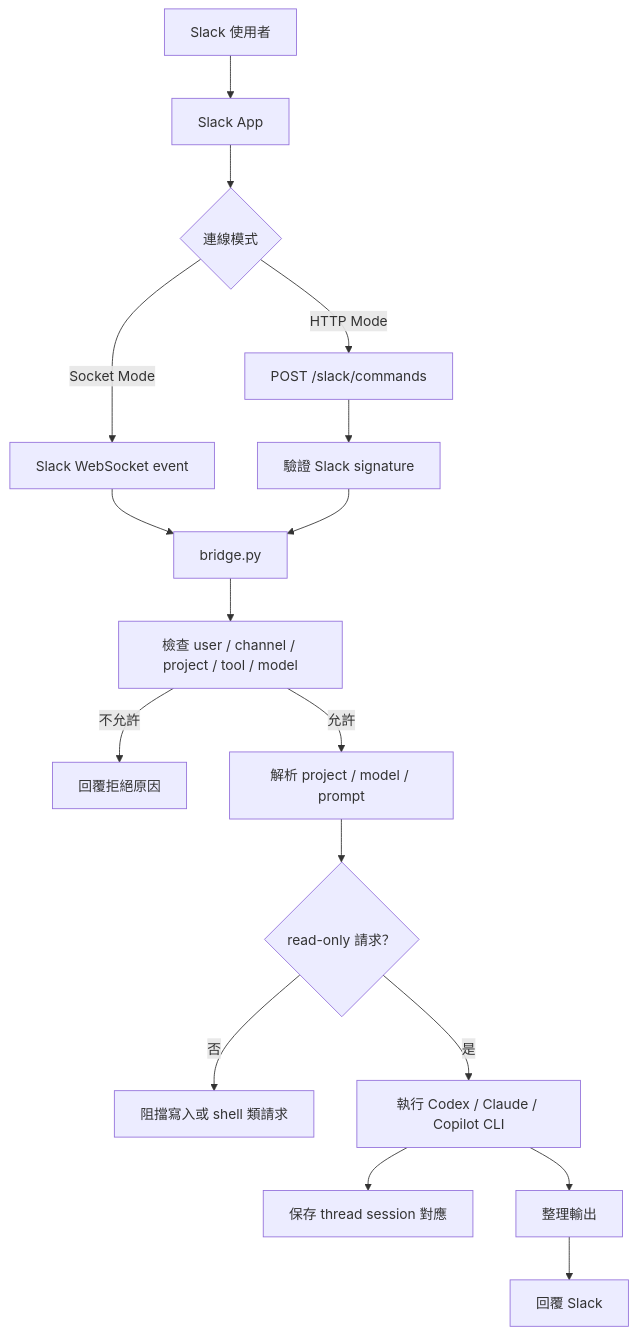
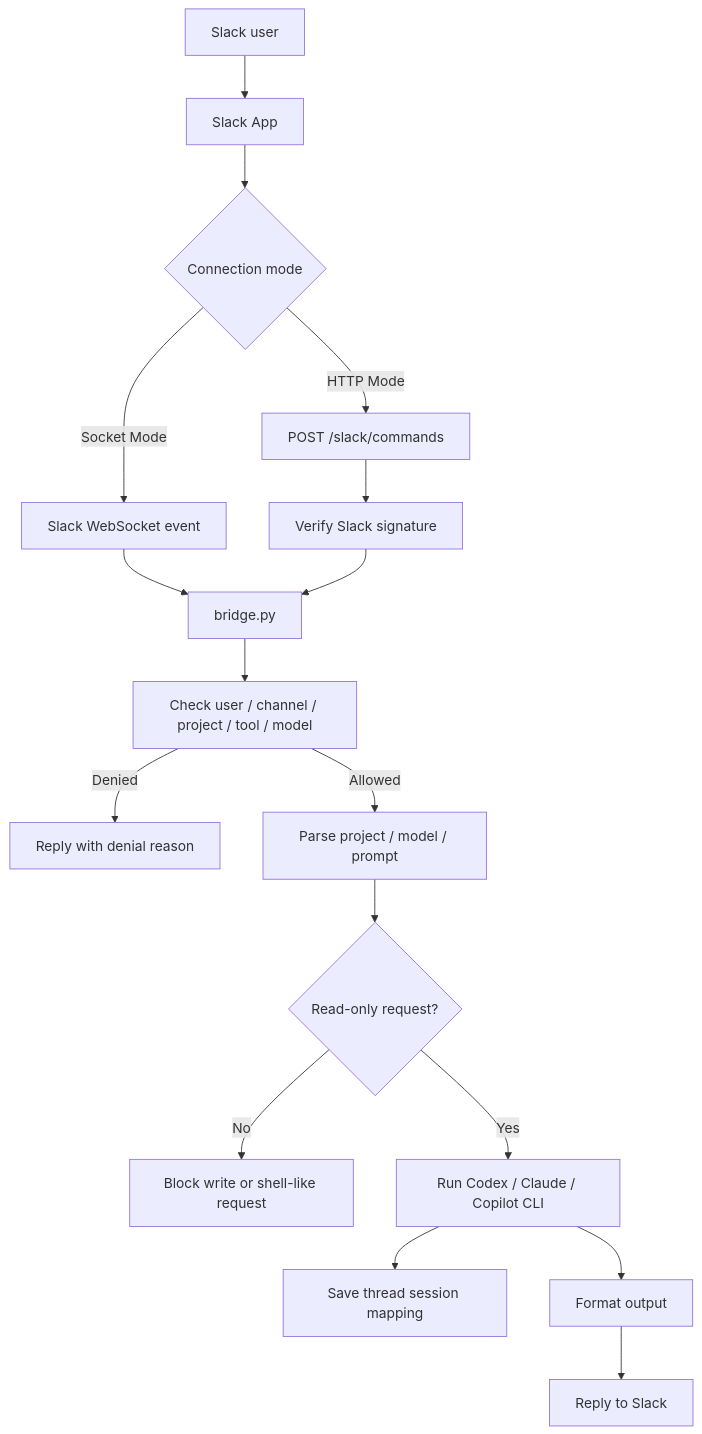
The diagram in README.md (ericliao857/slack-ai-bridge), drawn with Mermaid before and after one commit. The commit also changed other lines of this file and 2 other files, not shown here.

````diff
--- a/README.md
+++ b/README.md
@@ -42,19 +44,19 @@
 ```mermaid
 flowchart TD
-    user["Slack 使用者"] --> slack["Slack App"]
-    slack --> mode{"連線模式"}
+    user["Slack user"] --> slack["Slack App"]
+    slack --> mode{"Connection mode"}
     mode -->|Socket Mode| socket["Slack WebSocket event"]
     mode -->|HTTP Mode| http["POST /slack/commands"]
-    http --> sig["驗證 Slack signature"]
+    http --> sig["Verify Slack signature"]
     socket --> bridge["bridge.py"]
     sig --> bridge
-    bridge --> allow["檢查 user / channel / project / tool / model"]
-    allow -->|不允許| deny["回覆拒絕原因"]
-    allow -->|允許| parse["解析 project / model / prompt"]
-    parse --> guard{"read-only 請求？"}
-    guard -->|否| block["阻擋寫入或 shell 類請求"]
-    guard -->|是| cli["執行 Codex / Claude / Copilot CLI"]
-    cli --> store["保存 thread session 對應"]
-    cli --> result["整理輸出"]
-    result --> reply["回覆 Slack"]
+    bridge --> allow["Check user / channel / project / tool / model"]
+    allow -->|Denied| deny["Reply with denial reason"]
+    allow -->|Allowed| parse["Parse project / model / prompt"]
+    parse --> guard{"Read-only request?"}
+    guard -->|No| block["Block write or shell-like request"]
+    guard -->|Yes| cli["Run Codex / Claude / Copilot CLI"]
+    cli --> store["Save thread session mapping"]
+    cli --> result["Format output"]
+    result --> reply["Reply to Slack"]
 ```
````
